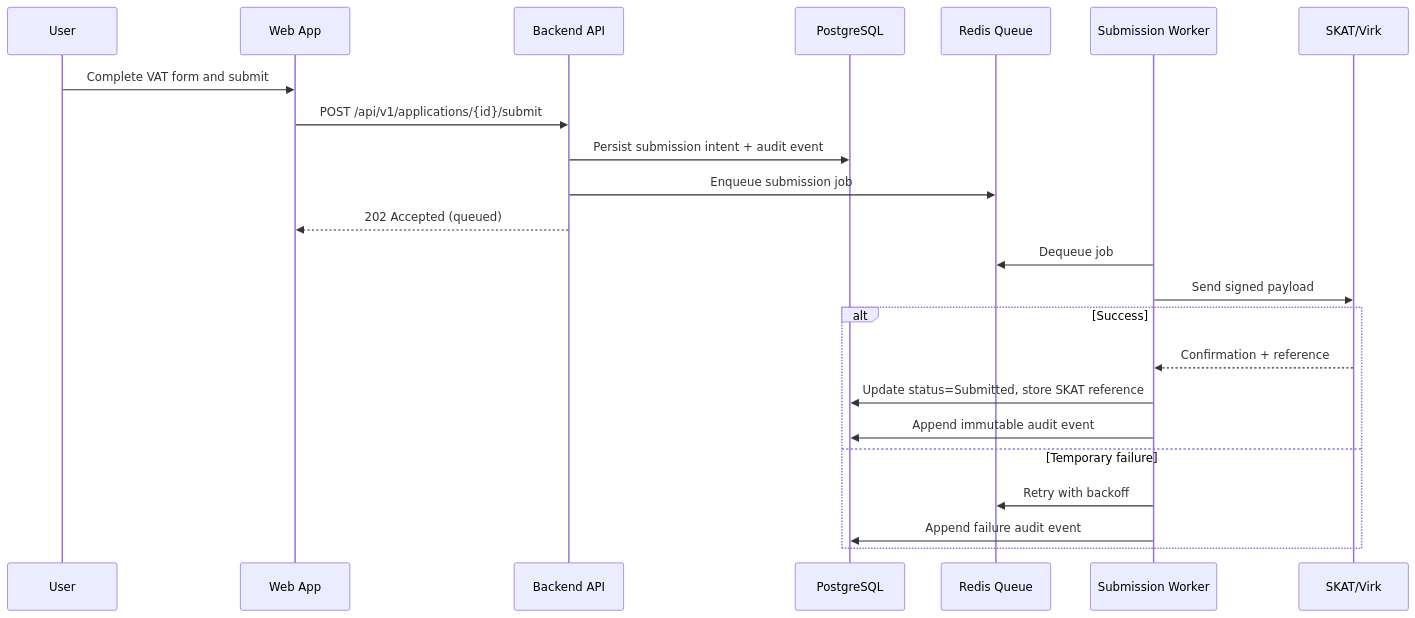
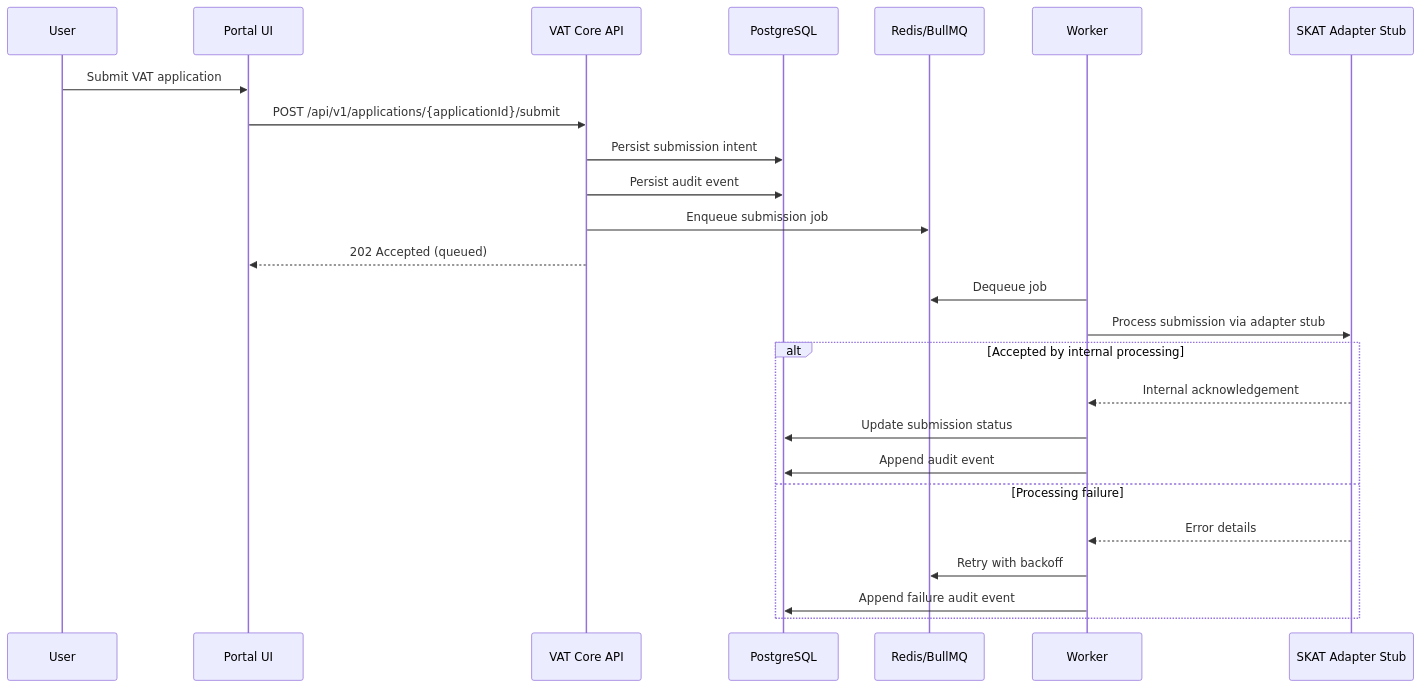
The diagram in docs/diagrams/03-submission-sequence.md (SVESSENC/VATfolder), drawn with Mermaid before and after one commit. The commit also changed other lines of this file and 26 other files, not shown here.

Commit message:
updated diagrams

````diff
--- a/docs/diagrams/03-submission-sequence.md
+++ b/docs/diagrams/03-submission-sequence.md
@@ -3,27 +3,29 @@
 ```mermaid
 sequenceDiagram
   participant User
-  participant FE as Web App
-  participant API as Backend API
+  participant FE as Portal UI
+  participant API as VAT Core API
   participant DB as PostgreSQL
-  participant Q as Redis Queue
-  participant W as Submission Worker
-  participant SKAT as SKAT/Virk
+  participant Q as Redis/BullMQ
+  participant W as Worker
+  participant STUB as SKAT Adapter Stub
 
-  User->>FE: Complete VAT form and submit
-  FE->>API: POST /api/v1/applications/{id}/submit
-  API->>DB: Persist submission intent + audit event
+  User->>FE: Submit VAT application
+  FE->>API: POST /api/v1/applications/{applicationId}/submit
+  API->>DB: Persist submission intent
+  API->>DB: Persist audit event
   API->>Q: Enqueue submission job
   API-->>FE: 202 Accepted (queued)
 
   W->>Q: Dequeue job
-  W->>SKAT: Send signed payload
-  alt Success
-    SKAT-->>W: Confirmation + reference
-    W->>DB: Update status=Submitted, store SKAT reference
-    W->>DB: Append immutable audit event
-  else Temporary failure
+  W->>STUB: Process submission via adapter stub
+  alt Accepted by internal processing
+    STUB-->>W: Internal acknowledgement
+    W->>DB: Update submission status
+    W->>DB: Append audit event
+  else Processing failure
+    STUB-->>W: Error details
     W->>Q: Retry with backoff
     W->>DB: Append failure audit event
   end
 ```
````
